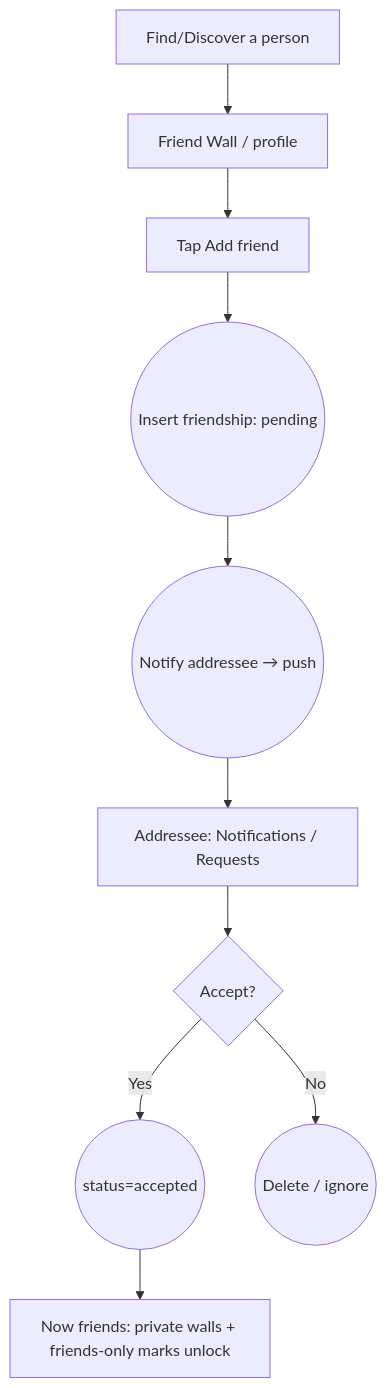
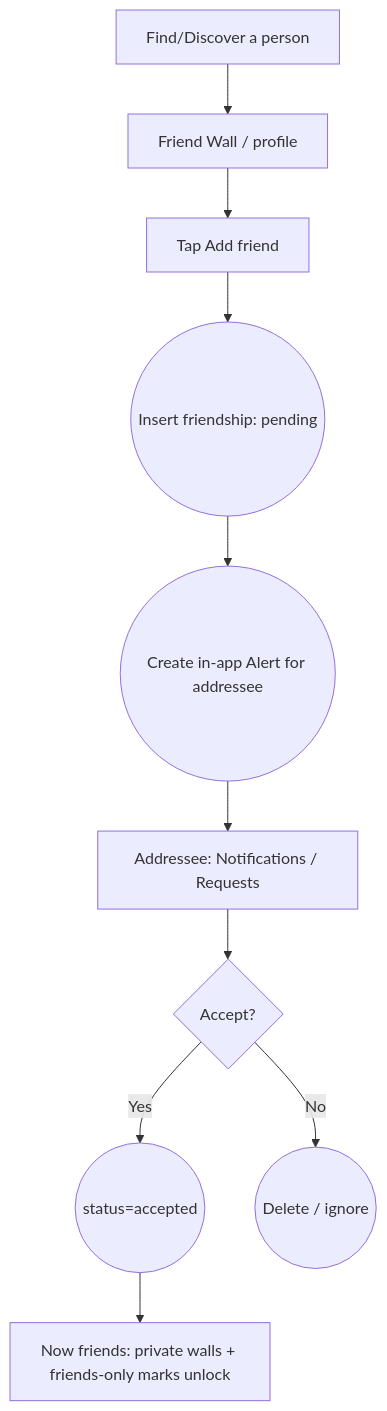
One commit to darshitmeghani1992/the-wall changed the fifth of 7 diagrams in docs/02_User_Flows.md. Above: the diagram before and after it, drawn with Mermaid. The commit also changed other lines of this file and 12 other files, not shown here.

````diff
--- a/docs/02_User_Flows.md
+++ b/docs/02_User_Flows.md
@@ -94,11 +74,11 @@
 ```mermaid
 flowchart TD
   A[Find/Discover a person] --> B[Friend Wall / profile]
   B --> C[Tap Add friend]
   C --> D((Insert friendship: pending))
-  D --> E((Notify addressee → push))
+  D --> E((Create in-app Alert for addressee))
   E --> F[Addressee: Notifications / Requests]
   F --> G{Accept?}
   G -- Yes --> H((status=accepted)) --> I[Now friends: private walls + friends-only marks unlock]
   G -- No --> J((Delete / ignore))
 ```
````
